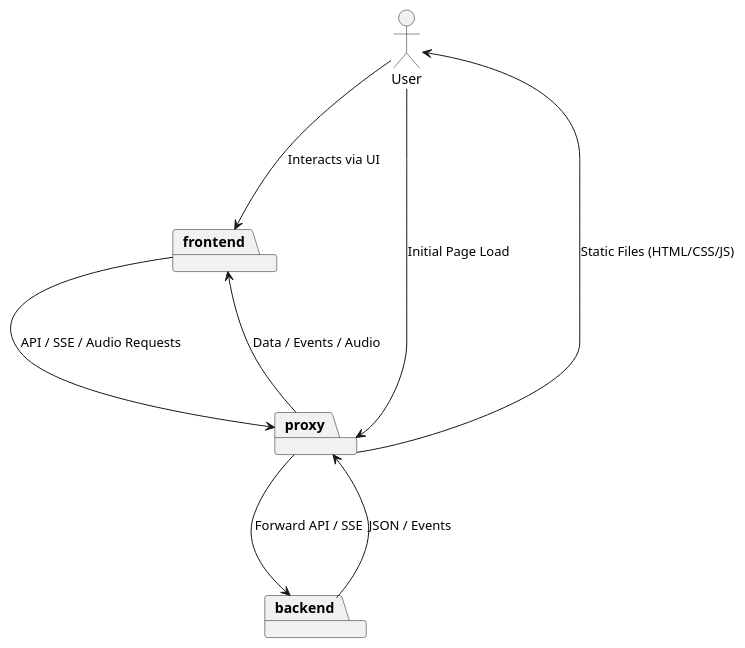
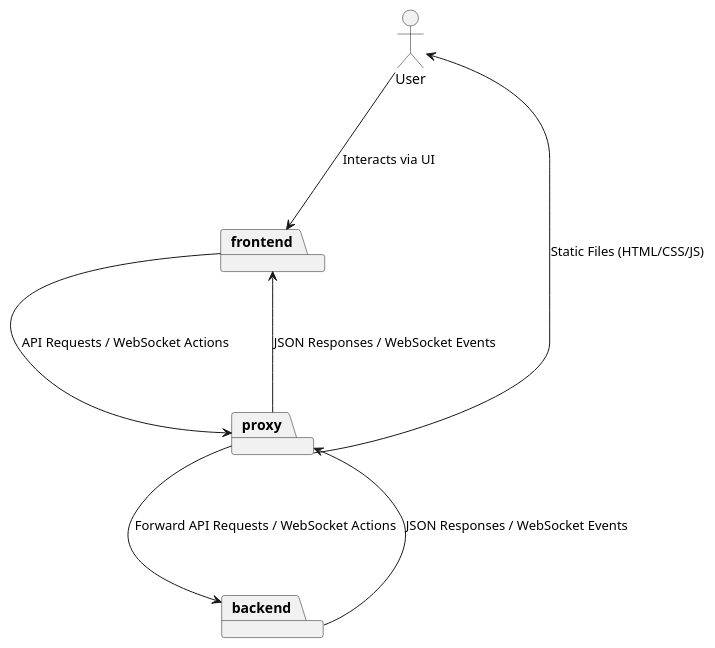
One commit to ddrddrr/musikk changed the diagram in specification/analysis/system.puml. Above: the diagram before and after it, drawn with PlantUML. The commit also changed 68 other files, not shown here.

```diff
--- a/specification/analysis/system.puml
+++ b/specification/analysis/system.puml
@@ -1,20 +1,19 @@
 @startuml HighLevelSystem
 
 actor User as user
 
 skinparam packageStyle rectangle
 
 package frontend
 package proxy
 package backend
 
-user ---> proxy: Initial Page Load
 proxy ---> user: Static Files (HTML/CSS/JS)
 
 user ---> frontend: Interacts via UI
-frontend ---> proxy: API / SSE / Audio Requests
-proxy ---> backend: Forward API / SSE
-backend ---> proxy: JSON / Events
-proxy ---> frontend: Data / Events / Audio
+frontend ---> proxy: API Requests / WebSocket Actions
+proxy ---> backend: Forward API Requests / WebSocket Actions
+backend ---> proxy: JSON Responses / WebSocket Events
+proxy ---> frontend: JSON Responses / WebSocket Events
 
 @enduml
```
